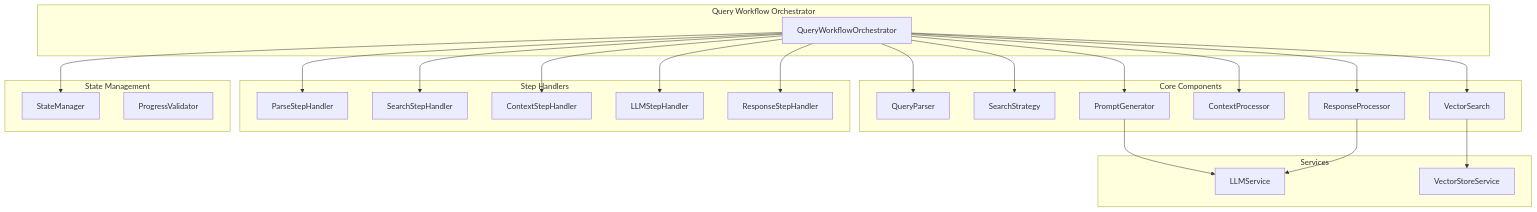
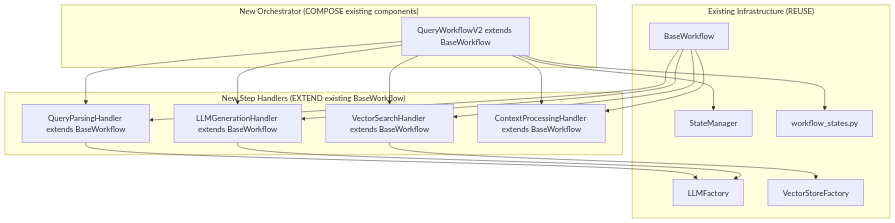
The diagram in docs/query-workflow-refactoring-plan.md (anhhai680/knowledge-graph-agent), drawn with Mermaid before and after one commit. The commit also changed other lines of this file, not shown here.

````diff
--- a/docs/query-workflow-refactoring-plan.md
+++ b/docs/query-workflow-refactoring-plan.md
@@ -55,51 +55,38 @@
 ```mermaid
 graph TB
-    subgraph "Query Workflow Orchestrator"
-        ORCH[QueryWorkflowOrchestrator]
+    subgraph "Existing Infrastructure (REUSE)"
+        BW[BaseWorkflow]
+        SM[StateManager] 
+        LLM_F[LLMFactory]
+        VS_F[VectorStoreFactory]
+        WS[workflow_states.py]
     end
     
-    subgraph "Core Components"
-        QP[QueryParser]
-        SS[SearchStrategy]
-        VS[VectorSearch]
-        CP[ContextProcessor]
-        PG[PromptGenerator]
-        RP[ResponseProcessor]
+    subgraph "New Step Handlers (EXTEND existing BaseWorkflow)"
+        PARSE_H[QueryParsingHandler extends BaseWorkflow]
+        SEARCH_H[VectorSearchHandler extends BaseWorkflow]
+        LLM_H[LLMGenerationHandler extends BaseWorkflow]
+        CONTEXT_H[ContextProcessingHandler extends BaseWorkflow]
     end
     
-    subgraph "Services"
-        LLM_SVC[LLMService]
-        VS_SVC[VectorStoreService]
+    subgraph "New Orchestrator (COMPOSE existing components)"
+        ORCH[QueryWorkflowV2 extends BaseWorkflow]
     end
     
-    subgraph "Step Handlers"
-        PARSE_H[ParseStepHandler]
-        SEARCH_H[SearchStepHandler]
-        CONTEXT_H[ContextStepHandler]
-        LLM_H[LLMStepHandler]
-        RESPONSE_H[ResponseStepHandler]
-    end
-    
-    subgraph "State Management"
-        SM[StateManager]
-        PV[ProgressValidator]
-    end
-    
-    ORCH --> QP
-    ORCH --> SS
-    ORCH --> VS
-    ORCH --> CP
-    ORCH --> PG
-    ORCH --> RP
-    ORCH --> SM
-    
-    VS --> VS_SVC
-    PG --> LLM_SVC
-    RP --> LLM_SVC
+    BW --> PARSE_H
+    BW --> SEARCH_H
+    BW --> LLM_H
+    BW --> CONTEXT_H
     
     ORCH --> PARSE_H
     ORCH --> SEARCH_H
+    ORCH --> LLM_H
     ORCH --> CONTEXT_H
-    ORCH --> LLM_H
-    ORCH --> RESPONSE_H
+    
+    PARSE_H --> LLM_F
+    SEARCH_H --> VS_F
+    LLM_H --> LLM_F
+    
+    ORCH --> SM
+    ORCH --> WS
 ```
````
